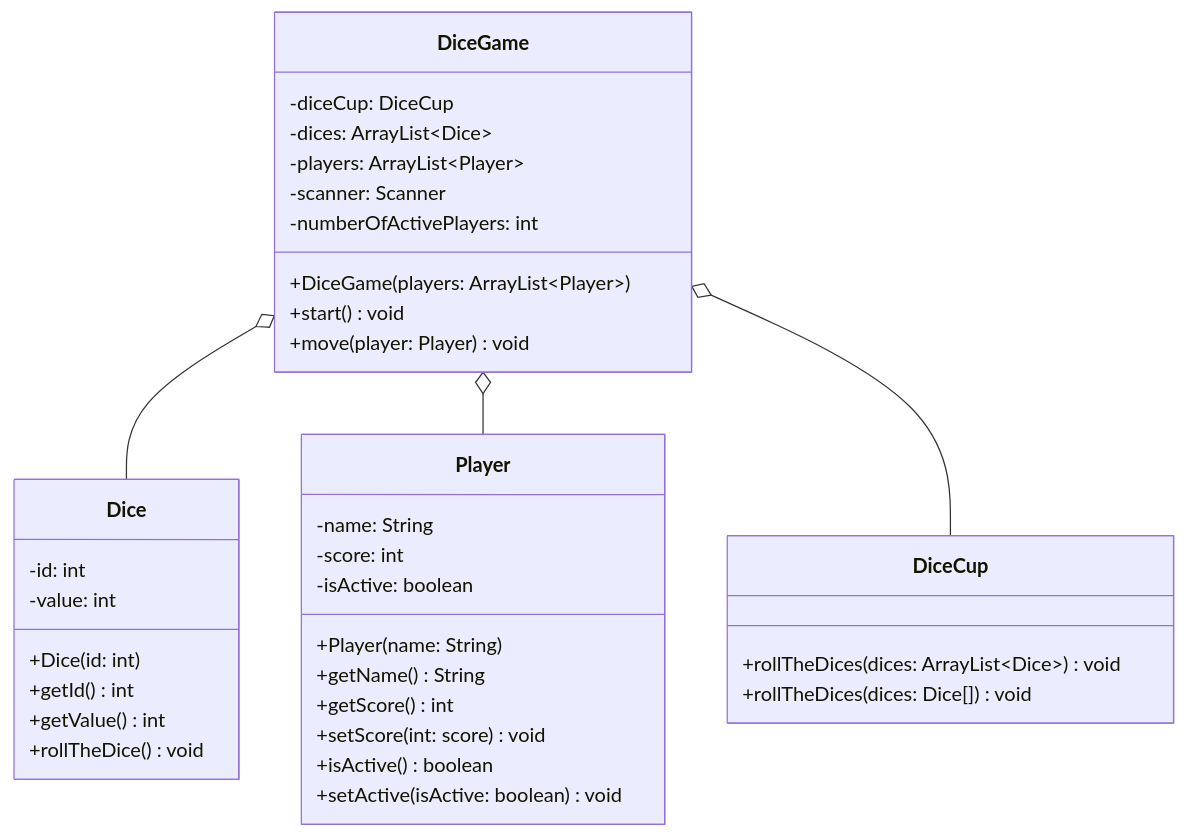
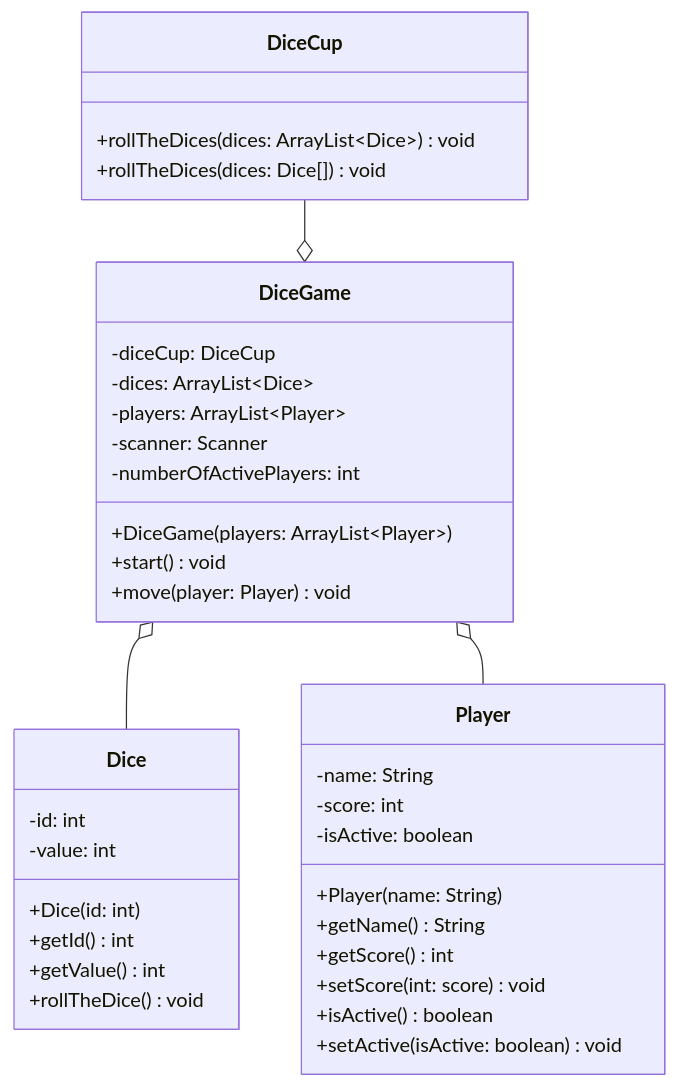
One commit to jappuccini/java-docs changed the diagram in docs/exercises/class-diagrams/class-diagrams02.mdx. Above: the diagram before and after it, drawn with Mermaid. The commit also changed 36 other files, not shown here.

````diff
--- a/docs/exercises/class-diagrams/class-diagrams02.mdx
+++ b/docs/exercises/class-diagrams/class-diagrams02.mdx
@@ -23,44 +23,44 @@
 ```mermaid
 classDiagram
     DiceGame o-- Dice
     DiceGame o-- Player
-    DiceGame o-- DiceCup
+    DiceCup --o DiceGame
 
     class Player {
         -name: String
         -score: int
         -isActive: boolean
 
         +Player(name: String)
         +getName() String
         +getScore() int
         +setScore(int: score) void
         +isActive() boolean
         +setActive(isActive: boolean) void
     }
 
     class Dice {
         -id: int
         -value: int
         +Dice(id: int)
         +getId() int
         +getValue() int
         +rollTheDice() void
     }
 
     class DiceCup {
         +rollTheDices(dices: ArrayList~Dice~) void
         +rollTheDices(dices: Dice[]) void
     }
 
     class DiceGame {
         -diceCup: DiceCup
         -dices: ArrayList~Dice~
         -players: ArrayList~Player~
         -scanner: Scanner
         -numberOfActivePlayers: int
         +DiceGame(players: ArrayList~Player~)
         +start() void
         +move(player: Player) void
     }
 ```
````
